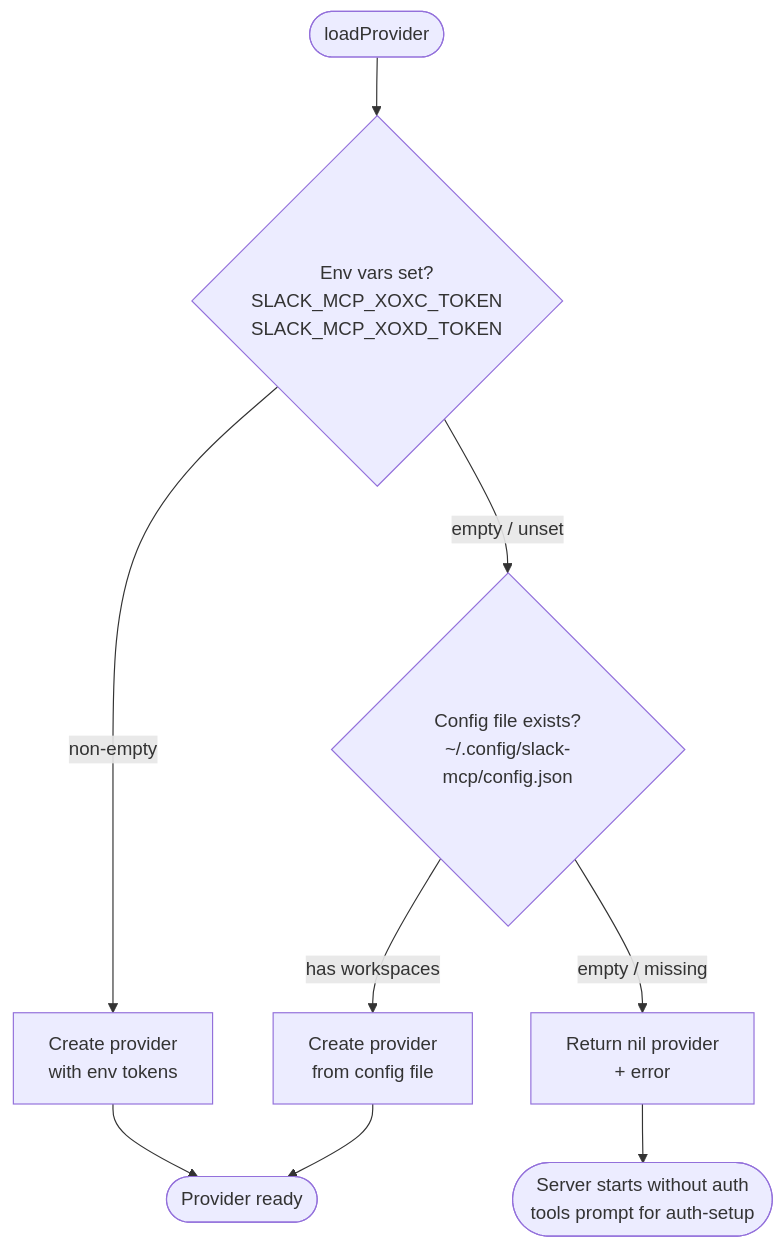
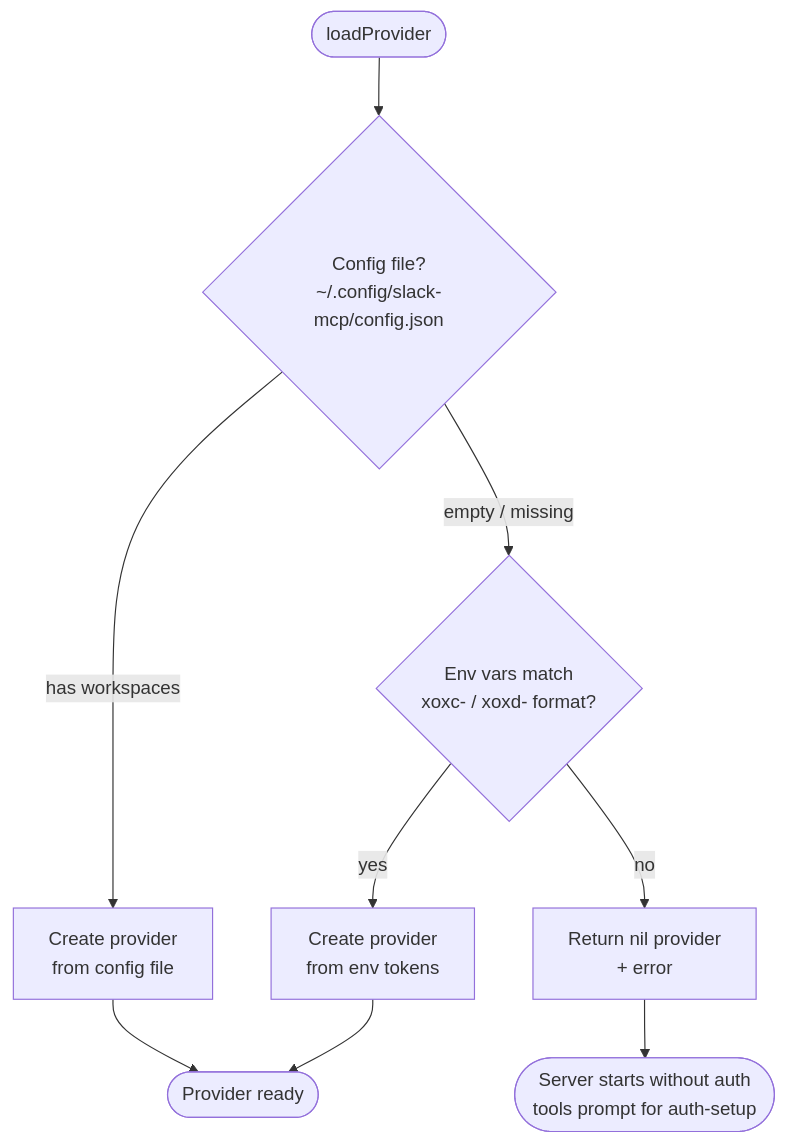
Before and after one commit to aaronsb/slack-mcp: the second of 5 diagrams in docs/token-resolution.md, drawn with Mermaid. The commit also changed other lines of this file and 1 other file, not shown here.

First line of the commit message:
Config file takes priority over env vars in token resolution

````diff
--- a/docs/token-resolution.md
+++ b/docs/token-resolution.md
@@ -55,14 +55,14 @@
 ```mermaid
 flowchart TD
-    Start([loadProvider]) --> CheckEnv{Env vars set?<br>SLACK_MCP_XOXC_TOKEN<br>SLACK_MCP_XOXD_TOKEN}
-
-    CheckEnv -->|non-empty| UseEnv[Create provider<br>with env tokens]
-    CheckEnv -->|empty / unset| CheckConfig{Config file exists?<br>~/.config/slack-mcp/config.json}
+    Start([loadProvider]) --> CheckConfig{Config file?<br>~/.config/slack-mcp/config.json}
 
     CheckConfig -->|has workspaces| UseConfig[Create provider<br>from config file]
-    CheckConfig -->|empty / missing| NoAuth[Return nil provider<br>+ error]
+    CheckConfig -->|empty / missing| CheckEnv{Env vars match<br>xoxc- / xoxd- format?}
 
-    UseEnv --> Done([Provider ready])
-    UseConfig --> Done
+    CheckEnv -->|yes| UseEnv[Create provider<br>from env tokens]
+    CheckEnv -->|no| NoAuth[Return nil provider<br>+ error]
+
+    UseConfig --> Done([Provider ready])
+    UseEnv --> Done
     NoAuth --> Setup([Server starts without auth<br>tools prompt for auth-setup])
 ```
````
